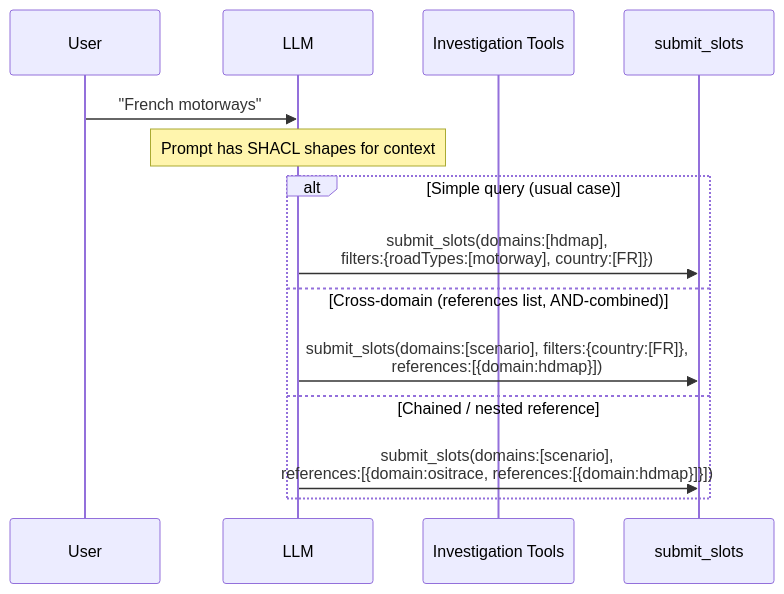
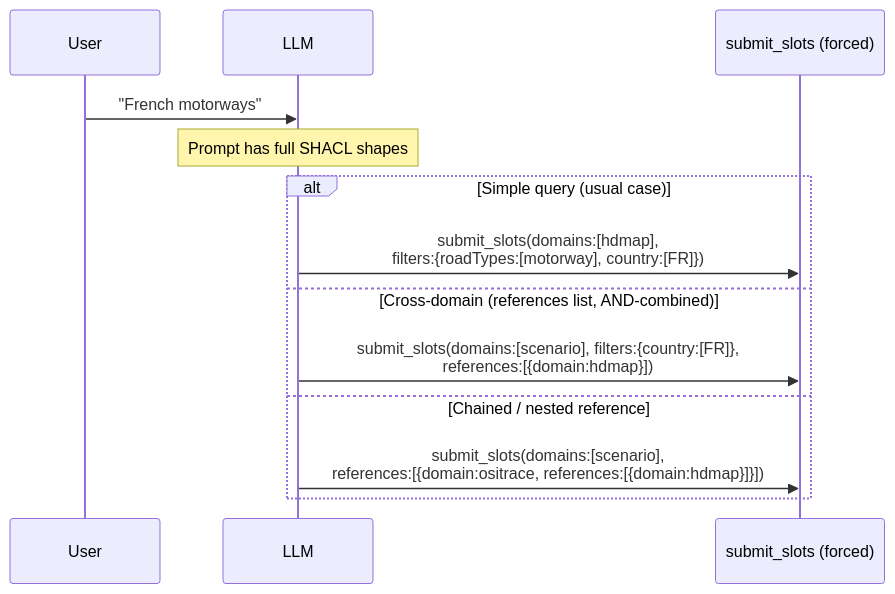
Before and after one commit to ASCS-eV/ontology-based-nl-search: the fourth of 5 diagrams in apps/docs/generic-design.md, drawn with Mermaid. The commit also changed other lines of this file and 5 other files, not shown here.

First line of the commit message:
docs: remove stale investigation-tool references from prompt and docs

````diff
--- a/apps/docs/generic-design.md
+++ b/apps/docs/generic-design.md
@@ -117,18 +105,17 @@
 ```mermaid
 sequenceDiagram
     participant U as User
     participant L as LLM
-    participant IT as Investigation Tools
-    participant SS as submit_slots
+    participant SS as submit_slots (forced)
 
     U->>L: "French motorways"
-    Note over L: Prompt has SHACL shapes for context
+    Note over L: Prompt has full SHACL shapes
 
     alt Simple query (usual case)
         L->>SS: submit_slots(domains:[hdmap],<br/>filters:{roadTypes:[motorway], country:[FR]})
     else Cross-domain (references list, AND-combined)
         L->>SS: submit_slots(domains:[scenario], filters:{country:[FR]},<br/>references:[{domain:hdmap}])
     else Chained / nested reference
         L->>SS: submit_slots(domains:[scenario],<br/>references:[{domain:ositrace, references:[{domain:hdmap}]}])
     end
 ```
````
